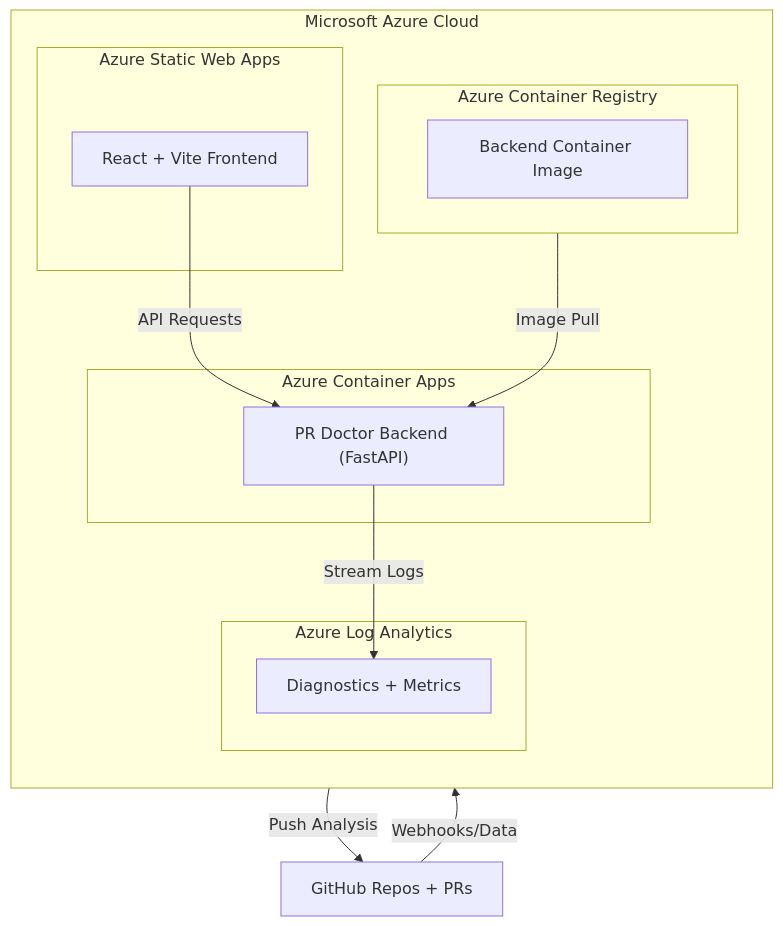
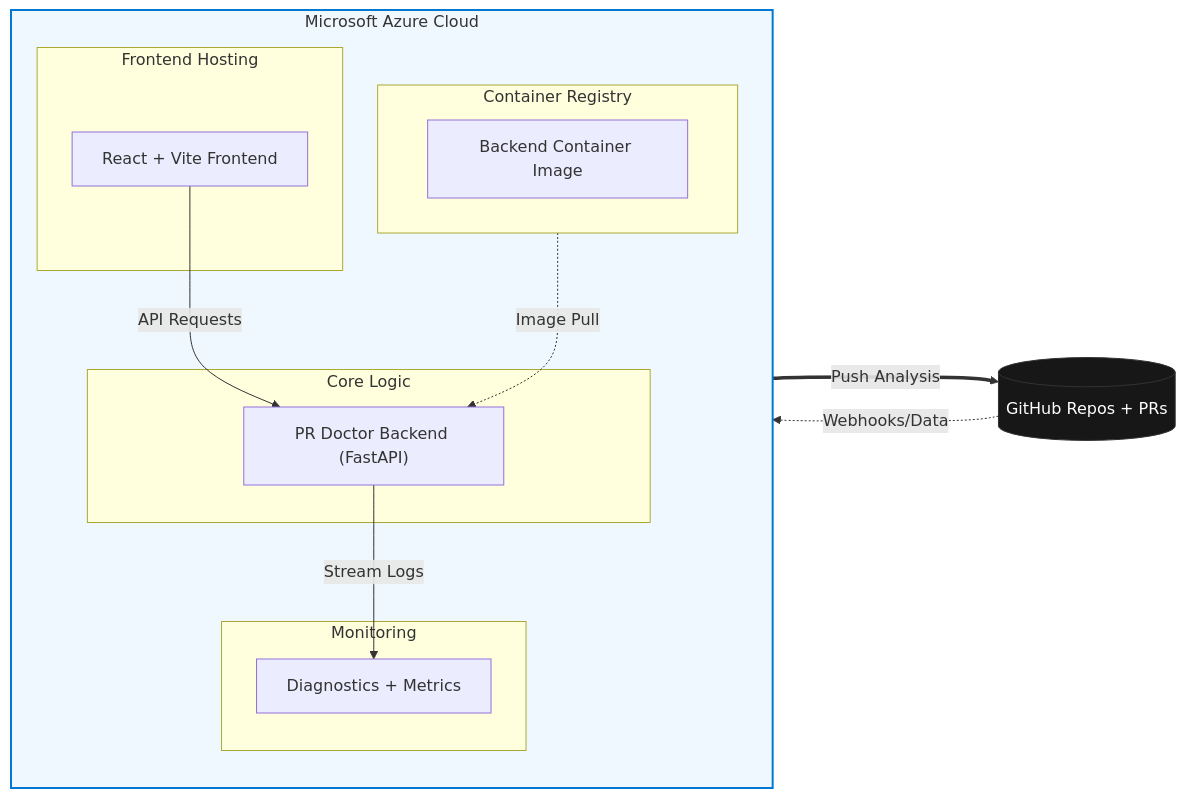
The second of 2 diagrams in README.md (M10vir/pr-doctor), drawn with Mermaid before and after one commit.

Commit message:
Update README for submission

````diff
--- a/README.md
+++ b/README.md
@@ -55,33 +55,36 @@
 ```mermaid
-flowchart TD
-    %% Title
+flowchart LR
     subgraph Azure["Microsoft Azure Cloud"]
         direction TB
         
-        subgraph SWA["Azure Static Web Apps"]
+        subgraph SWA["Frontend Hosting"]
             Frontend["React + Vite Frontend"]
         end
 
-        subgraph ACR["Azure Container Registry"]
+        subgraph ACR["Container Registry"]
             Images["Backend Container Image"]
         end
 
-        subgraph ACA["Azure Container Apps"]
+        subgraph ACA["Core Logic"]
             Backend["PR Doctor Backend (FastAPI)"]
         end
 
-        subgraph LAW["Azure Log Analytics"]
+        subgraph LAW["Monitoring"]
             Logs["Diagnostics + Metrics"]
         end
     end
 
-    %% External Systems
-    GitHub["GitHub Repos + PRs"]
+    %% External System
+    GitHub[("GitHub Repos + PRs")]
 
-    %% Connections
+    %% Optimized Connections
     Frontend -->|API Requests| Backend
-    ACR -->|Image Pull| Backend
-    Backend -->|Push Analysis| GitHub
-    GitHub -->|Webhooks/Data| Backend
+    ACR -.->|Image Pull| Backend
+    Backend ===>|Push Analysis| GitHub
+    GitHub -.->|Webhooks/Data| Backend
     Backend -->|Stream Logs| Logs
+
+    %% Styling for clarity
+    style GitHub fill:#181717,color:#fff,stroke:#333
+    style Azure fill:#f0f8ff,stroke:#0078D4,stroke-width:2px
 ```
````
